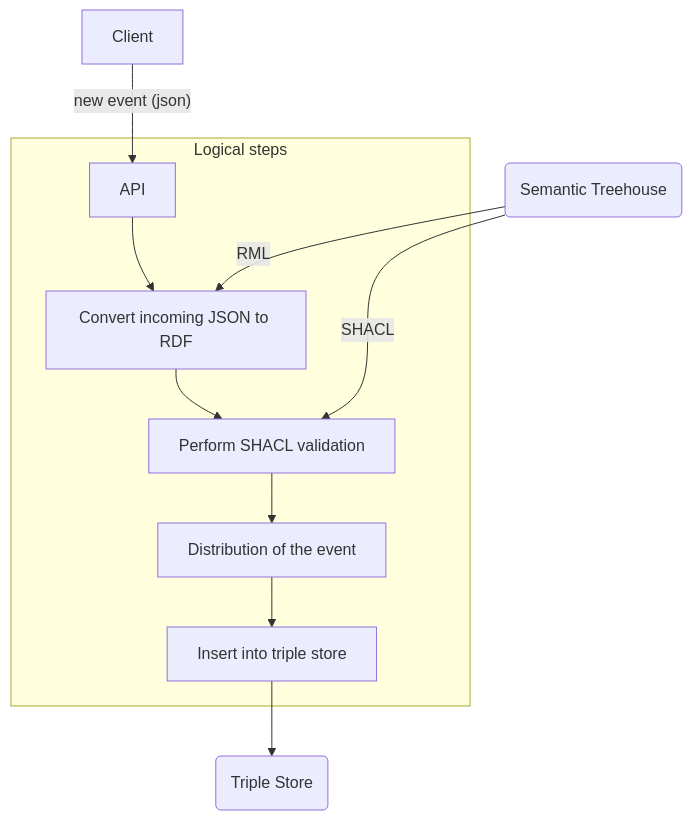
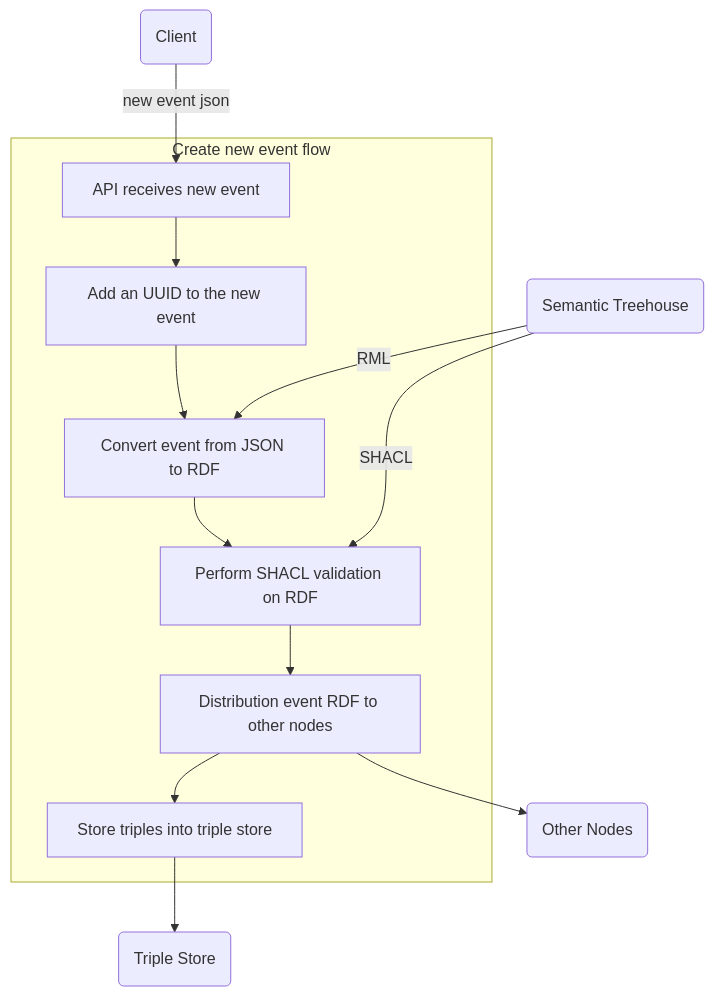
One commit to federatedplatforms/FEDeRATED-BDI changed the first of 4 diagrams in README.md. Above: the diagram before and after it, drawn with Mermaid. The commit also changed other lines of this file, not shown here.

Commit message:
more docs.

````diff
--- a/README.md
+++ b/README.md
@@ -12,16 +12,18 @@
 ```mermaid
 flowchart TD 
  
-     Client -- "new event (json)" --> API
+     Client(Client) -- "new event json" --> API[API receives new event]
      
-     subgraph node[Logical steps]
-        API --> Convert[Convert incoming JSON to RDF]
-        Convert --> Validate[Perform SHACL validation]
-        Validate --> Distribute[Distribution of the event]
-        Distribute --> Storage[Insert into triple store]
+     subgraph node[Create new event flow]
+        API --> Enrich[Add an UUID to the new event]
+        Enrich --> Convert[Convert event from JSON to RDF]
+        Convert --> Validate[Perform SHACL validation on RDF]
+        Validate --> Distribute[Distribution event RDF to other nodes]
+        Distribute --> Storage[Store triples into triple store]
     end
     
+    Distribute --> Other(Other Nodes)
     STH(Semantic Treehouse) -- RML --> Convert
     STH -- SHACL --> Validate
     Storage --> Triple(Triple Store)
 ```
````
